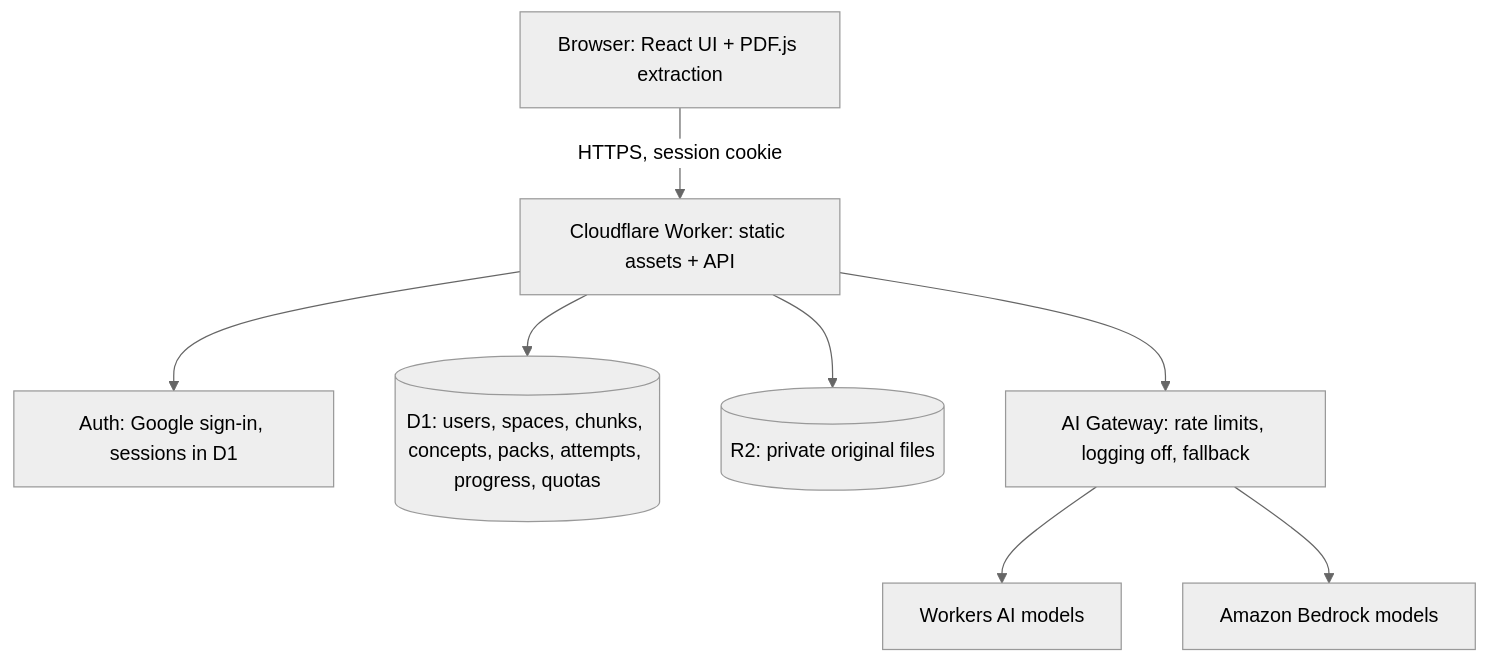
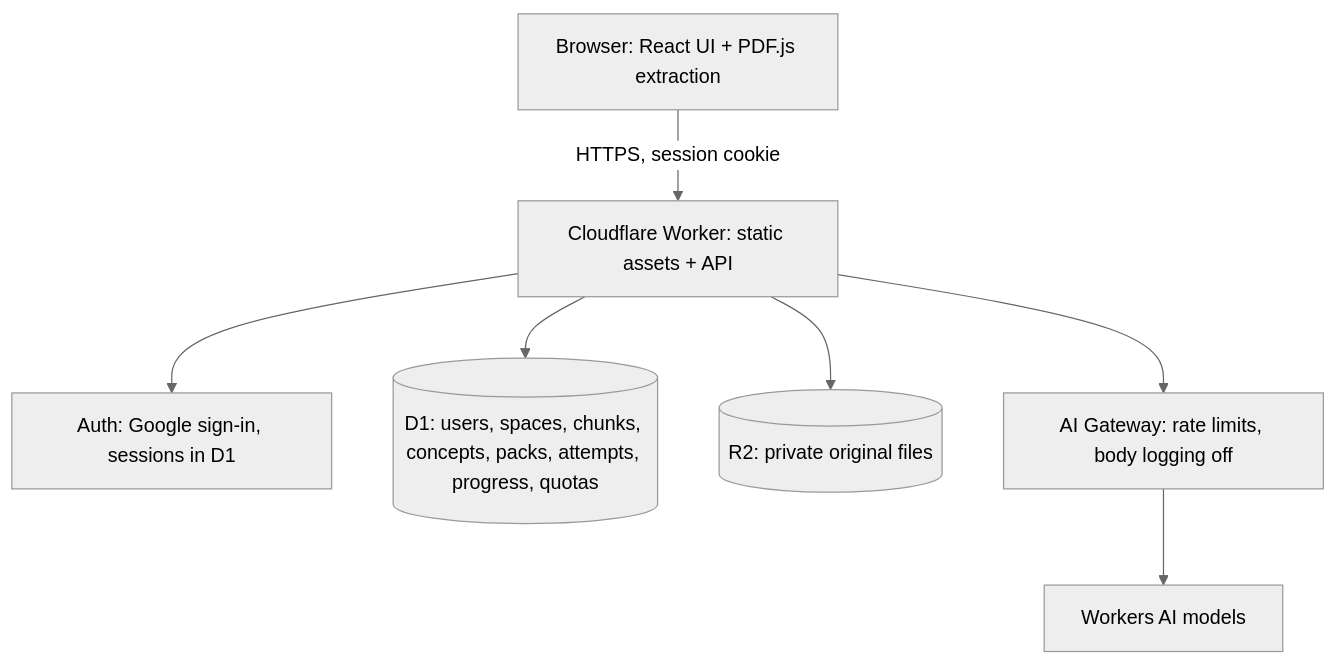
The diagram in docs/roadmap/architecture.md (Onyekachukwu-Nweke/tai), drawn with Mermaid (neutral theme) before and after one commit. The commit also changed other lines of this file and 32 other files, not shown here.

````diff
--- a/docs/roadmap/architecture.md
+++ b/docs/roadmap/architecture.md
@@ -7,10 +7,9 @@
 ```mermaid
 flowchart TD
     Browser[Browser: React UI + PDF.js extraction] -->|HTTPS, session cookie| Worker[Cloudflare Worker: static assets + API]
     Worker --> Auth[Auth: Google sign-in, sessions in D1]
     Worker --> D1[(D1: users, spaces, chunks, concepts, packs, attempts, progress, quotas)]
     Worker --> R2[(R2: private original files)]
-    Worker --> GW[AI Gateway: rate limits, logging off, fallback]
+    Worker --> GW[AI Gateway: rate limits, body logging off]
     GW --> WAI[Workers AI models]
-    GW --> BR[Amazon Bedrock models]
 ```
````
